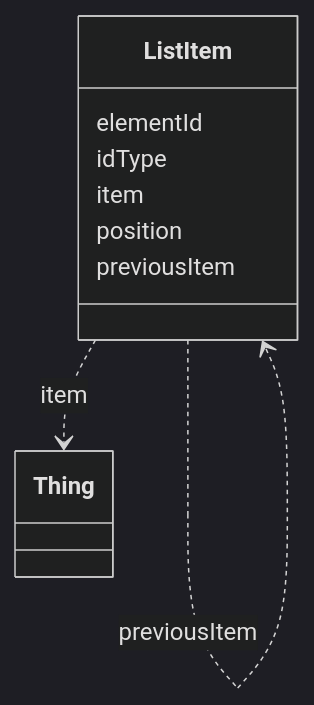
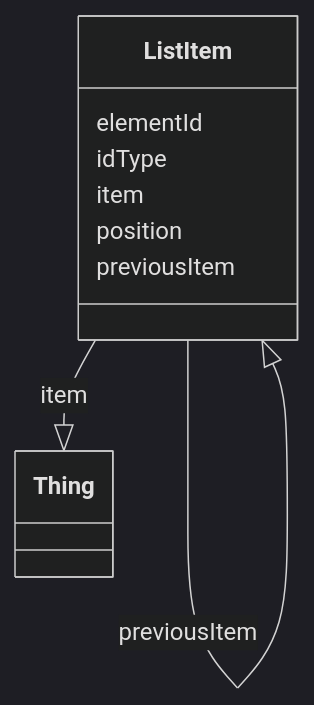
Before and after one commit to INCATools/ontology-access-kit: the diagram in item-list/ListItem.md, drawn with Mermaid (dark theme). The commit also changed other lines of this file and 3011 other files, not shown here.

````diff
--- a/item-list/ListItem.md
+++ b/item-list/ListItem.md
@@ -11,19 +14,19 @@
 ```{mermaid}
  classDiagram
     class ListItem
       ListItem : elementId
         
       ListItem : idType
         
       ListItem : item
         
-          ListItem ..> Thing : item
+          ListItem --|> Thing : item
         
       ListItem : position
         
       ListItem : previousItem
         
-          ListItem ..> ListItem : previousItem
+          ListItem --|> ListItem : previousItem
         
       
 ```
````
